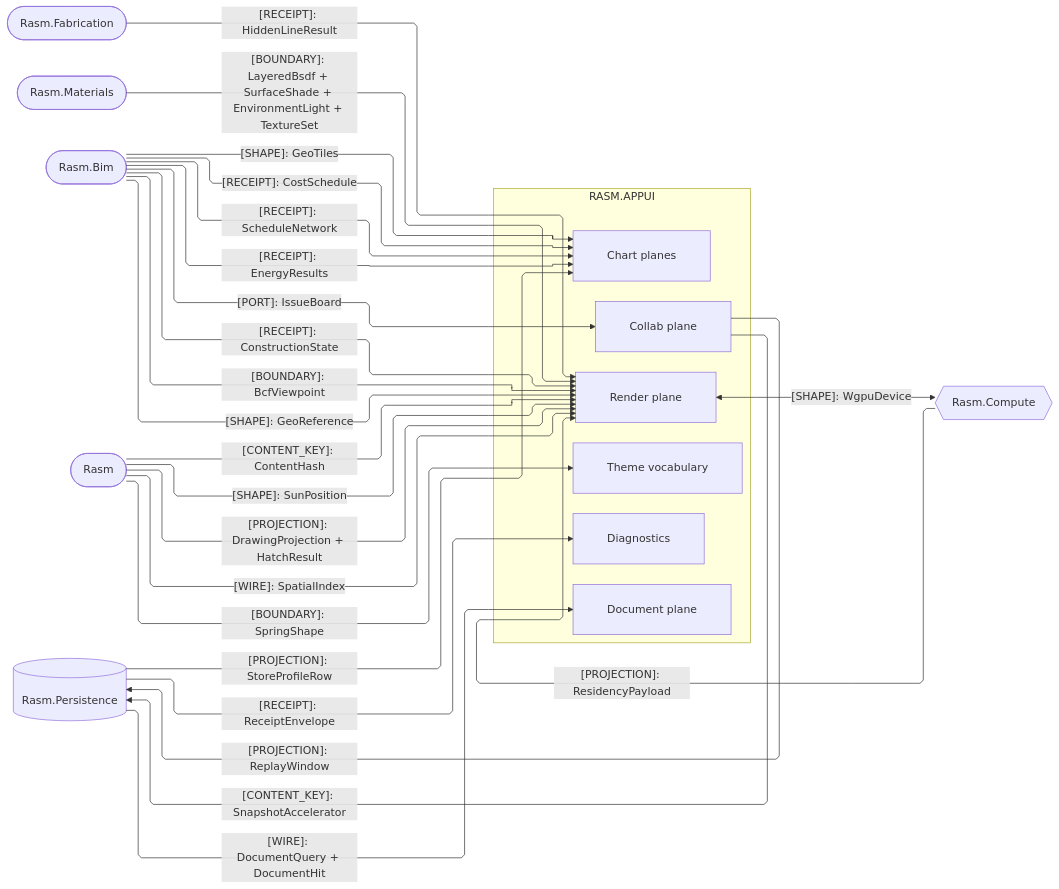
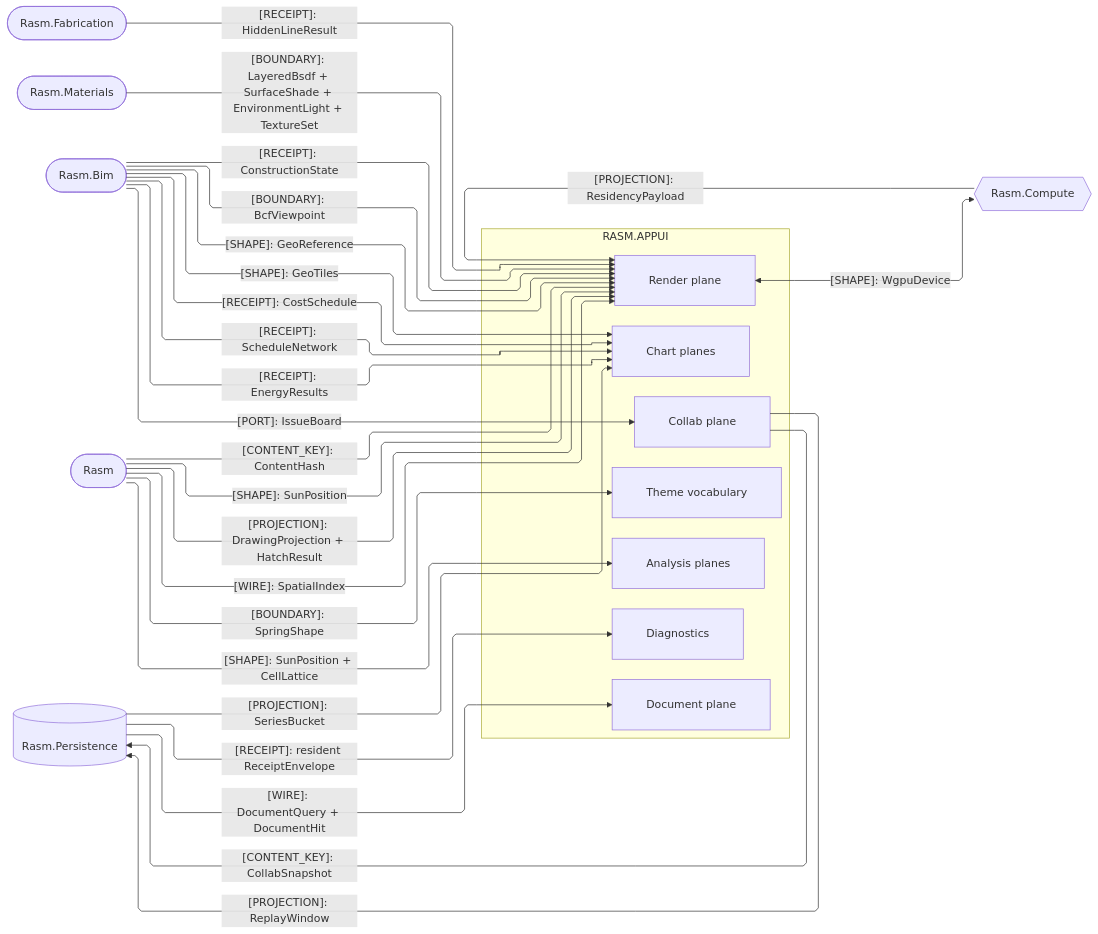
The second of 4 diagrams in libs/csharp/Rasm.AppUi/ARCHITECTURE.md (bsamiee/Rasm), drawn with Mermaid before and after one commit. The commit also changed other lines of this file and 56 other files, not shown here.

````diff
--- a/libs/csharp/Rasm.AppUi/ARCHITECTURE.md
+++ b/libs/csharp/Rasm.AppUi/ARCHITECTURE.md
@@ -138,48 +153,50 @@
 ```mermaid
 ---
 config:
   layout: elk
   flowchart:
     curve: linear
     padding: 25
 ---
 flowchart LR
     accTitle: AppUi AEC-domain, render-source, and storage seams
-    accDescr: Which projections, receipts, boundaries, and content keys cross between the AppUi owners and their C# peers.
+    accDescr: Which projections, shapes, receipts, boundaries, ports, wires, and content keys cross between the AppUi owners and their C# peers.
     subgraph appui[RASM.APPUI]
         Render[Render plane]
         Charts[Chart planes]
         Collab[Collab plane]
         Document[Document plane]
+        Analysis[Analysis planes]
         Theme[Theme vocabulary]
         Diagnostics[Diagnostics]
     end
     Compute{{Rasm.Compute}}
     Fabrication([Rasm.Fabrication])
     Materials([Rasm.Materials])
     Bim([Rasm.Bim])
     Rasm([Rasm])
     Persistence[(Rasm.Persistence)]
     Compute e1@-->|"[PROJECTION]: ResidencyPayload"| Render
     Render e2@<-->|"[SHAPE]: WgpuDevice"| Compute
     Fabrication e3@-->|"[RECEIPT]: HiddenLineResult"| Render
     Materials e4@-->|"[BOUNDARY]: LayeredBsdf + SurfaceShade + EnvironmentLight + TextureSet"| Render
     Rasm e5@-->|"[CONTENT_KEY]: ContentHash"| Render
     Rasm e6@-->|"[SHAPE]: SunPosition"| Render
     Rasm e7@-->|"[PROJECTION]: DrawingProjection + HatchResult"| Render
     Rasm e8@-->|"[WIRE]: SpatialIndex"| Render
     Rasm e9@-->|"[BOUNDARY]: SpringShape"| Theme
-    Bim e10@-->|"[SHAPE]: GeoTiles"| Charts
-    Bim e11@-->|"[RECEIPT]: CostSchedule"| Charts
-    Bim e12@-->|"[RECEIPT]: ScheduleNetwork"| Charts
-    Bim e13@-->|"[RECEIPT]: EnergyResults"| Charts
-    Persistence e14@-->|"[PROJECTION]: StoreProfileRow"| Charts
-    Persistence e15@-->|"[RECEIPT]: ReceiptEnvelope"| Diagnostics
-    Bim e16@-->|"[PORT]: IssueBoard"| Collab
-    Collab e17@-->|"[PROJECTION]: ReplayWindow"| Persistence
-    Collab e18@-->|"[CONTENT_KEY]: SnapshotAccelerator"| Persistence
-    Persistence e19@-->|"[WIRE]: DocumentQuery + DocumentHit"| Document
-    Bim e20@-->|"[RECEIPT]: ConstructionState"| Render
-    Bim e21@-->|"[BOUNDARY]: BcfViewpoint"| Render
-    Bim e22@-->|"[SHAPE]: GeoReference"| Render
+    Rasm e10@-->|"[SHAPE]: SunPosition + CellLattice"| Analysis
+    Bim e11@-->|"[SHAPE]: GeoTiles"| Charts
+    Bim e12@-->|"[RECEIPT]: CostSchedule"| Charts
+    Bim e13@-->|"[RECEIPT]: ScheduleNetwork"| Charts
+    Bim e14@-->|"[RECEIPT]: EnergyResults"| Charts
+    Persistence e15@-->|"[PROJECTION]: SeriesBucket"| Charts
+    Persistence e16@-->|"[RECEIPT]: resident ReceiptEnvelope"| Diagnostics
+    Bim e17@-->|"[PORT]: IssueBoard"| Collab
+    Collab e18@-->|"[PROJECTION]: ReplayWindow"| Persistence
+    Collab e19@-->|"[CONTENT_KEY]: CollabSnapshot"| Persistence
+    Persistence e20@-->|"[WIRE]: DocumentQuery + DocumentHit"| Document
+    Bim e21@-->|"[RECEIPT]: ConstructionState"| Render
+    Bim e22@-->|"[BOUNDARY]: BcfViewpoint"| Render
+    Bim e23@-->|"[SHAPE]: GeoReference"| Render
 ```
````
